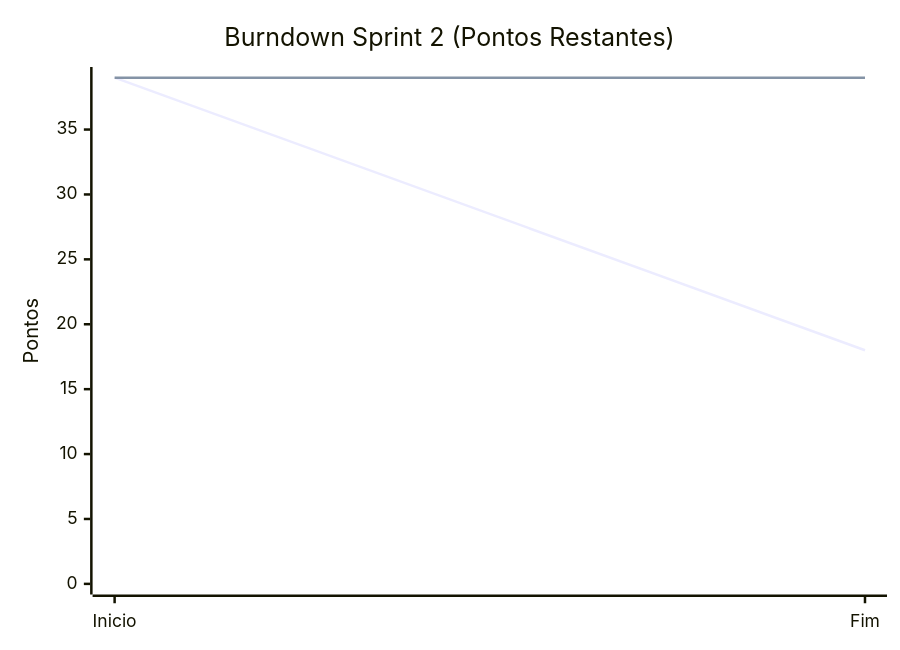
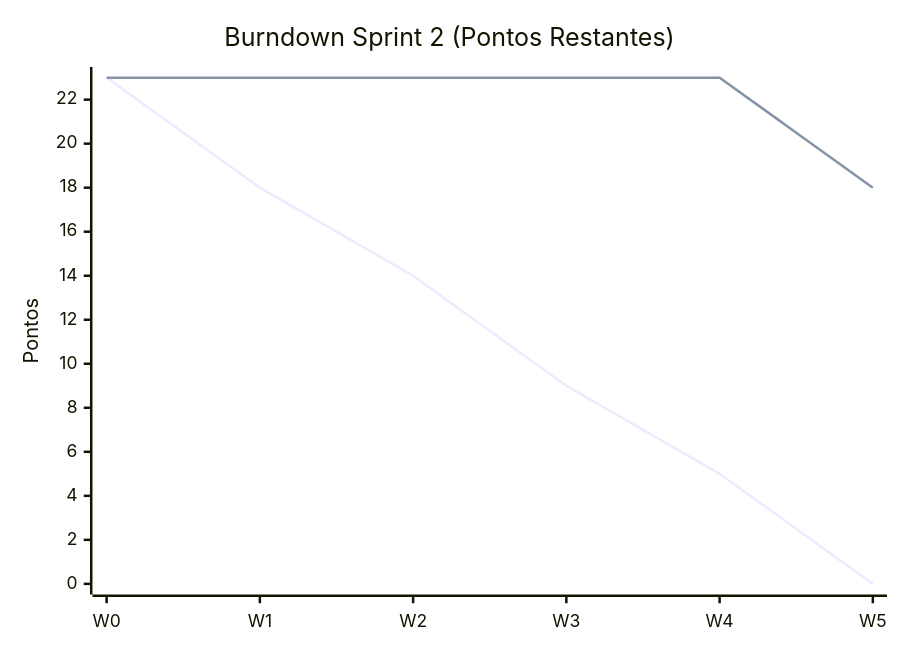
Before and after one commit to candago-6/documentacao: the second of 3 diagrams in README.md, drawn with Mermaid. The commit also changed other lines of this file, not shown here.

````diff
--- a/README.md
+++ b/README.md
@@ -151,8 +151,8 @@
 ```mermaid
 xychart-beta
 	title "Burndown Sprint 2 (Pontos Restantes)"
-	x-axis [Inicio, Fim]
-	y-axis "Pontos" 0 --> 39
-	line "planejado" [39, 18]
-	line "real" [39, 39]
+	x-axis [W0, W1, W2, W3, W4, W5]
+	y-axis "Pontos" 0 --> 23
+	line "planejado" [23, 18, 14, 9, 5, 0]
+	line "real" [23, 23, 23, 23, 23, 18]
 ```
````
